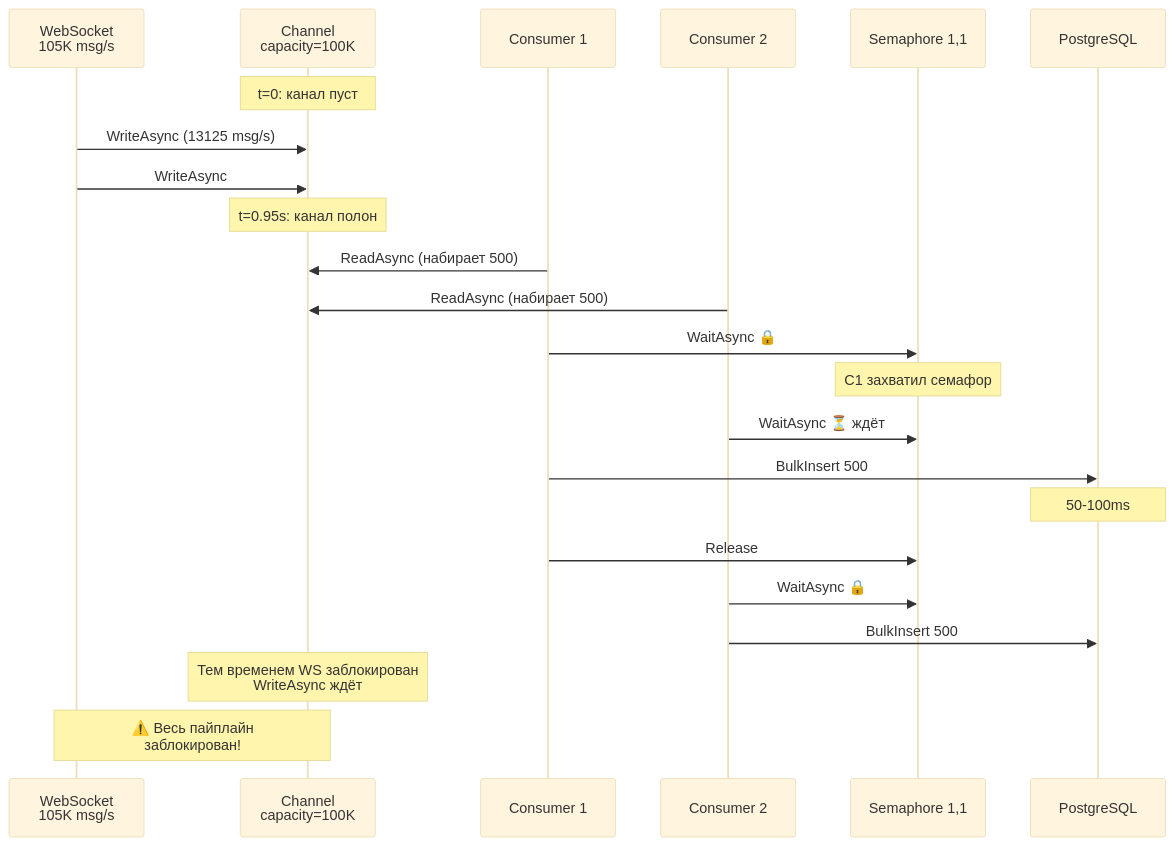
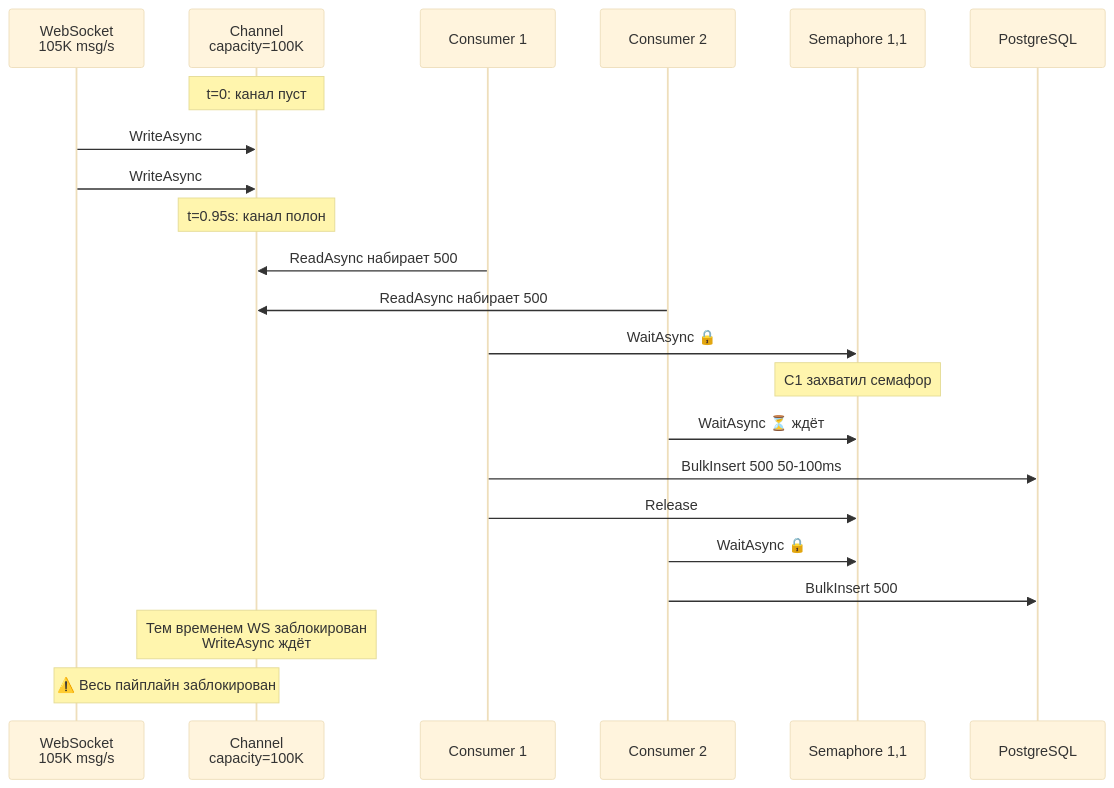
Before and after one commit to omsk1984-hub/MarketDataCollector: the second of 3 diagrams in plans/main-channel-bottleneck-analysis-and-fix-plan.md, drawn with Mermaid (base theme). The commit also changed other lines of this file and 2 other files, not shown here.

````diff
--- a/plans/main-channel-bottleneck-analysis-and-fix-plan.md
+++ b/plans/main-channel-bottleneck-analysis-and-fix-plan.md
@@ -90,26 +90,25 @@
 ```mermaid
 sequenceDiagram
     participant WS as WebSocket<br/>105K msg/s
     participant CH as Channel<br/>capacity=100K
     participant C1 as Consumer 1
     participant C2 as Consumer 2
     participant SEM as Semaphore 1,1
     participant DB as PostgreSQL
 
     Note over CH: t=0: канал пуст
-    WS->>CH: WriteAsync (13125 msg/s)
+    WS->>CH: WriteAsync
     WS->>CH: WriteAsync
     Note over CH: t=0.95s: канал полон
-    C1->>CH: ReadAsync (набирает 500)
-    C2->>CH: ReadAsync (набирает 500)
+    C1->>CH: ReadAsync набирает 500
+    C2->>CH: ReadAsync набирает 500
     C1->>SEM: WaitAsync 🔒
     Note over SEM: C1 захватил семафор
     C2->>SEM: WaitAsync ⏳ ждёт
-    C1->>DB: BulkInsert 500
-    Note over DB: 50-100ms
+    C1->>DB: BulkInsert 500 50-100ms
     C1->>SEM: Release
     C2->>SEM: WaitAsync 🔒
     C2->>DB: BulkInsert 500
     Note over CH: Тем временем WS заблокирован<br/>WriteAsync ждёт
-    Note over WS,CH: ⚠️ Весь пайплайн<br/>заблокирован!
+    Note over WS,CH: ⚠️ Весь пайплайн заблокирован
 ```
````
